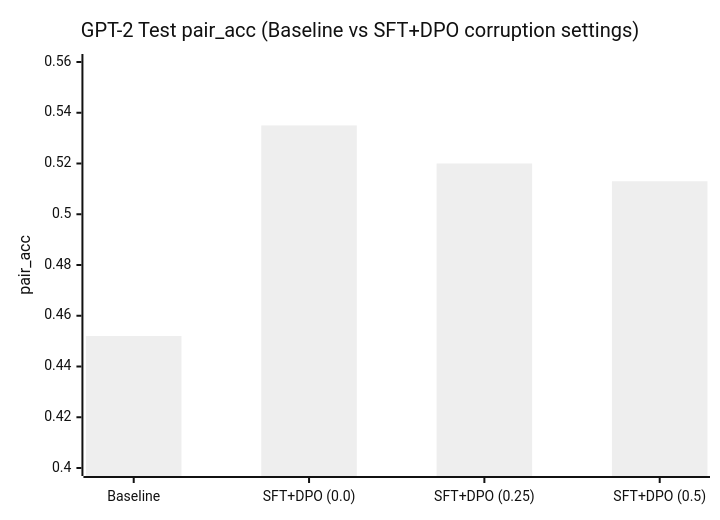
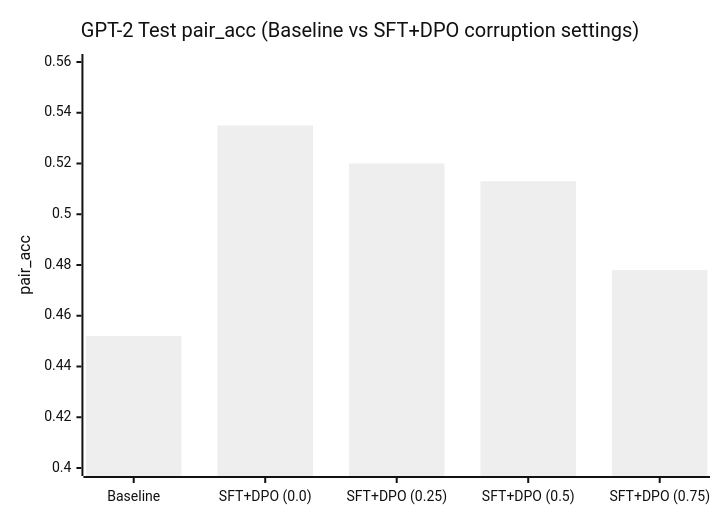
The first of 2 diagrams in README.md (ethanlou36/implicit_finetuning), drawn with Mermaid (neutral theme) before and after one commit. The commit also changed other lines of this file, not shown here.

````diff
--- a/README.md
+++ b/README.md
@@ -123,7 +124,7 @@
 ```mermaid
 xychart-beta
     title "GPT-2 Test pair_acc (Baseline vs SFT+DPO corruption settings)"
-    x-axis ["Baseline", "SFT+DPO (0.0)", "SFT+DPO (0.25)", "SFT+DPO (0.5)"]
+    x-axis ["Baseline", "SFT+DPO (0.0)", "SFT+DPO (0.25)", "SFT+DPO (0.5)", "SFT+DPO (0.75)"]
     y-axis "pair_acc" 0.40 --> 0.56
-    bar [0.452, 0.535, 0.520, 0.513]
+    bar [0.452, 0.535, 0.520, 0.513, 0.478]
 ```
````
